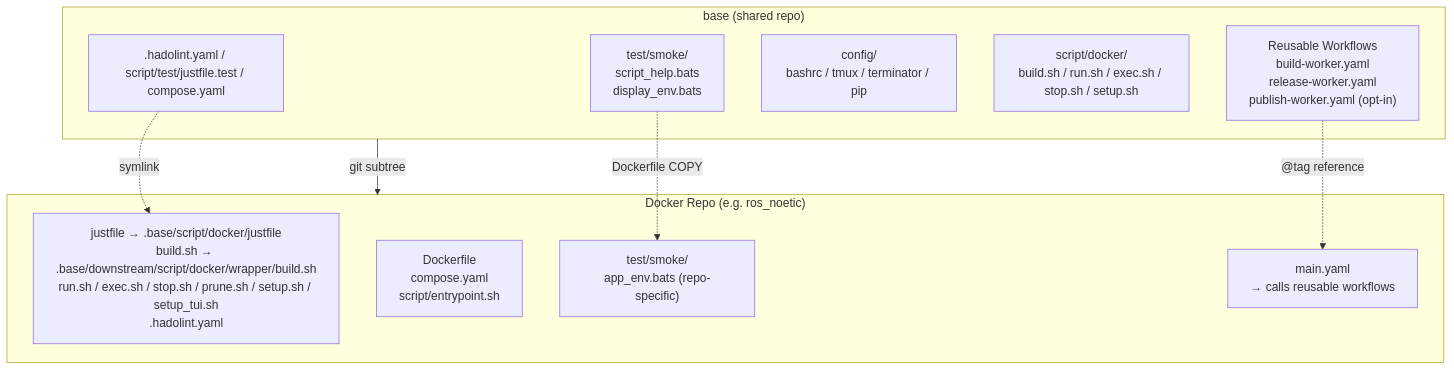
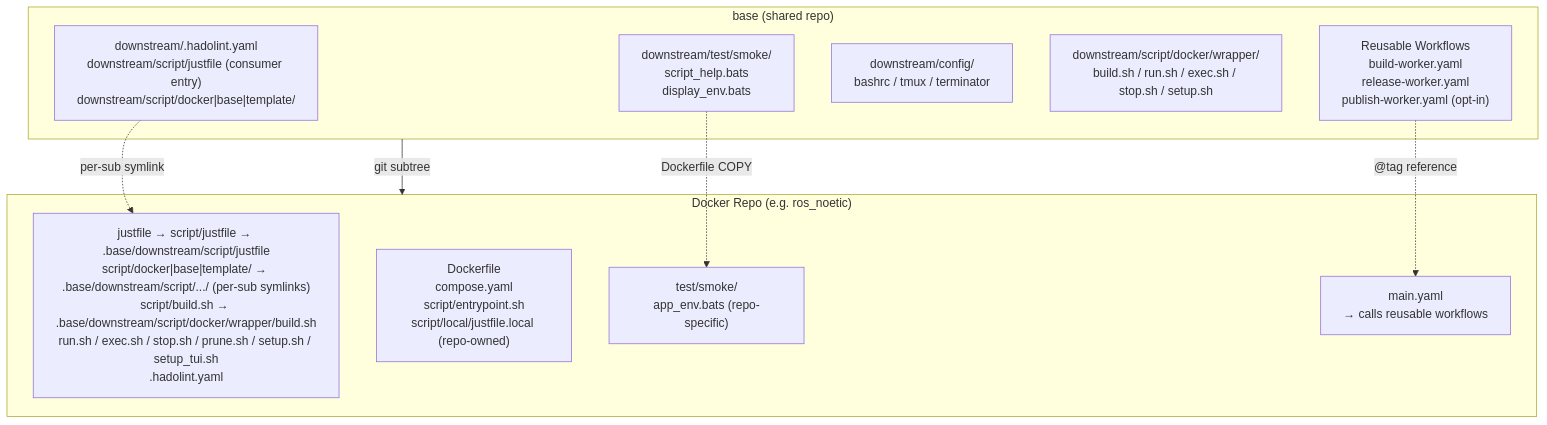
The first of 2 diagrams in README.md (ycpss91255-docker/base), drawn with Mermaid before and after one commit. The commit also changed other lines of this file and 3 other files, not shown here.

````diff
--- a/README.md
+++ b/README.md
@@ -81,22 +82,22 @@
 ```mermaid
 graph TB
     subgraph base["base (shared repo)"]
-        scripts[".hadolint.yaml / script/test/justfile.test / compose.yaml"]
-        smoke["test/smoke/<br/>script_help.bats<br/>display_env.bats"]
-        config["config/<br/>bashrc / tmux / terminator / pip"]
-        mgmt["script/docker/<br/>build.sh / run.sh / exec.sh / stop.sh / setup.sh"]
+        scripts["downstream/.hadolint.yaml<br/>downstream/script/justfile (consumer entry)<br/>downstream/script/docker|base|template/"]
+        smoke["downstream/test/smoke/<br/>script_help.bats<br/>display_env.bats"]
+        config["downstream/config/<br/>bashrc / tmux / terminator"]
+        mgmt["downstream/script/docker/wrapper/<br/>build.sh / run.sh / exec.sh / stop.sh / setup.sh"]
         workflows["Reusable Workflows<br/>build-worker.yaml<br/>release-worker.yaml<br/>publish-worker.yaml (opt-in)"]
     end
 
     subgraph consumer["Docker Repo (e.g. ros_noetic)"]
-        symlinks["justfile → .base/script/docker/justfile<br/>build.sh → .base/downstream/script/docker/wrapper/build.sh<br/>run.sh / exec.sh / stop.sh / prune.sh / setup.sh / setup_tui.sh<br/>.hadolint.yaml"]
-        dockerfile["Dockerfile<br/>compose.yaml<br/>script/entrypoint.sh"]
+        symlinks["justfile → script/justfile → .base/downstream/script/justfile<br/>script/docker|base|template/ → .base/downstream/script/.../ (per-sub symlinks)<br/>script/build.sh → .base/downstream/script/docker/wrapper/build.sh<br/>run.sh / exec.sh / stop.sh / prune.sh / setup.sh / setup_tui.sh<br/>.hadolint.yaml"]
+        dockerfile["Dockerfile<br/>compose.yaml<br/>script/entrypoint.sh<br/>script/local/justfile.local (repo-owned)"]
         repo_test["test/smoke/<br/>app_env.bats (repo-specific)"]
         main_yaml["main.yaml<br/>→ calls reusable workflows"]
     end
 
     base -- "git subtree" --> consumer
-    scripts -. symlink .-> symlinks
+    scripts -. "per-sub symlink" .-> symlinks
     smoke -. "Dockerfile COPY" .-> repo_test
     workflows -. "@tag reference" .-> main_yaml
 ```
````
